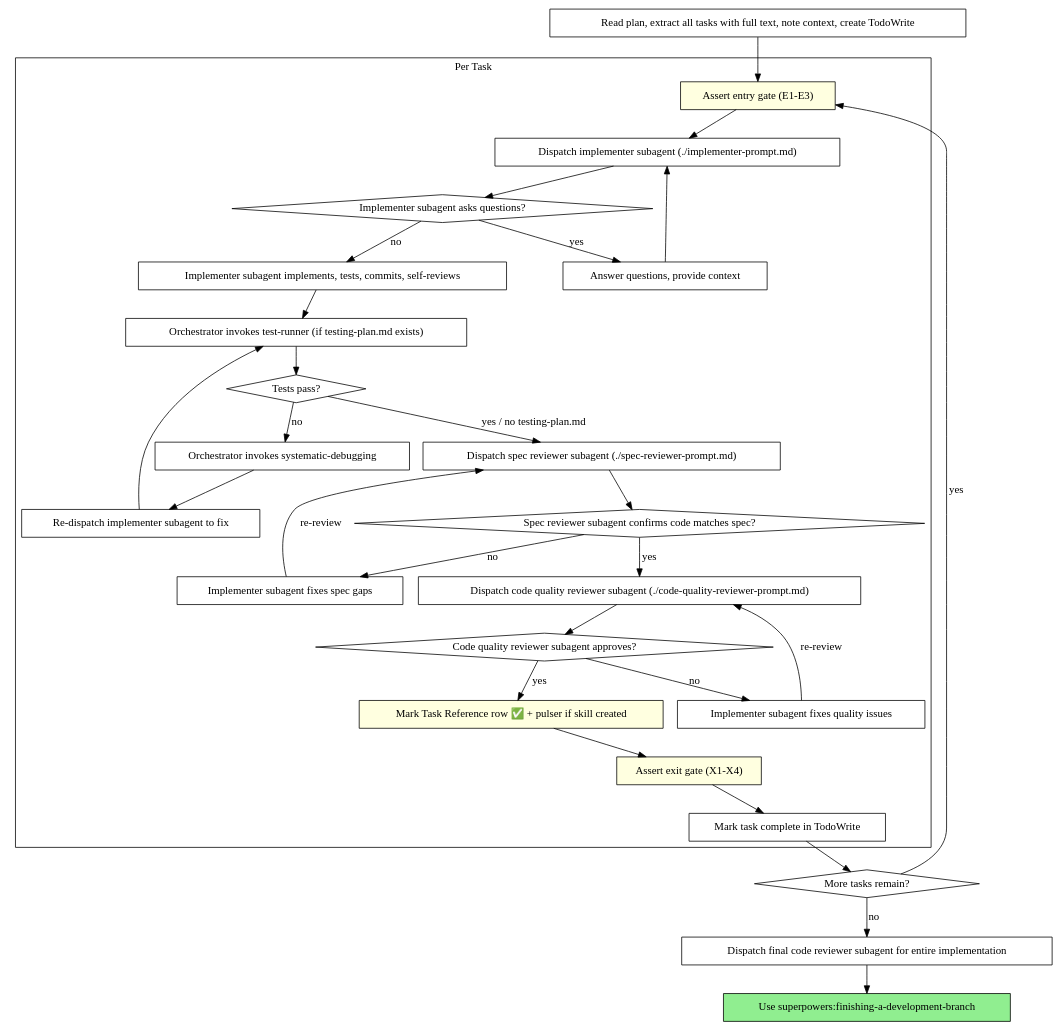
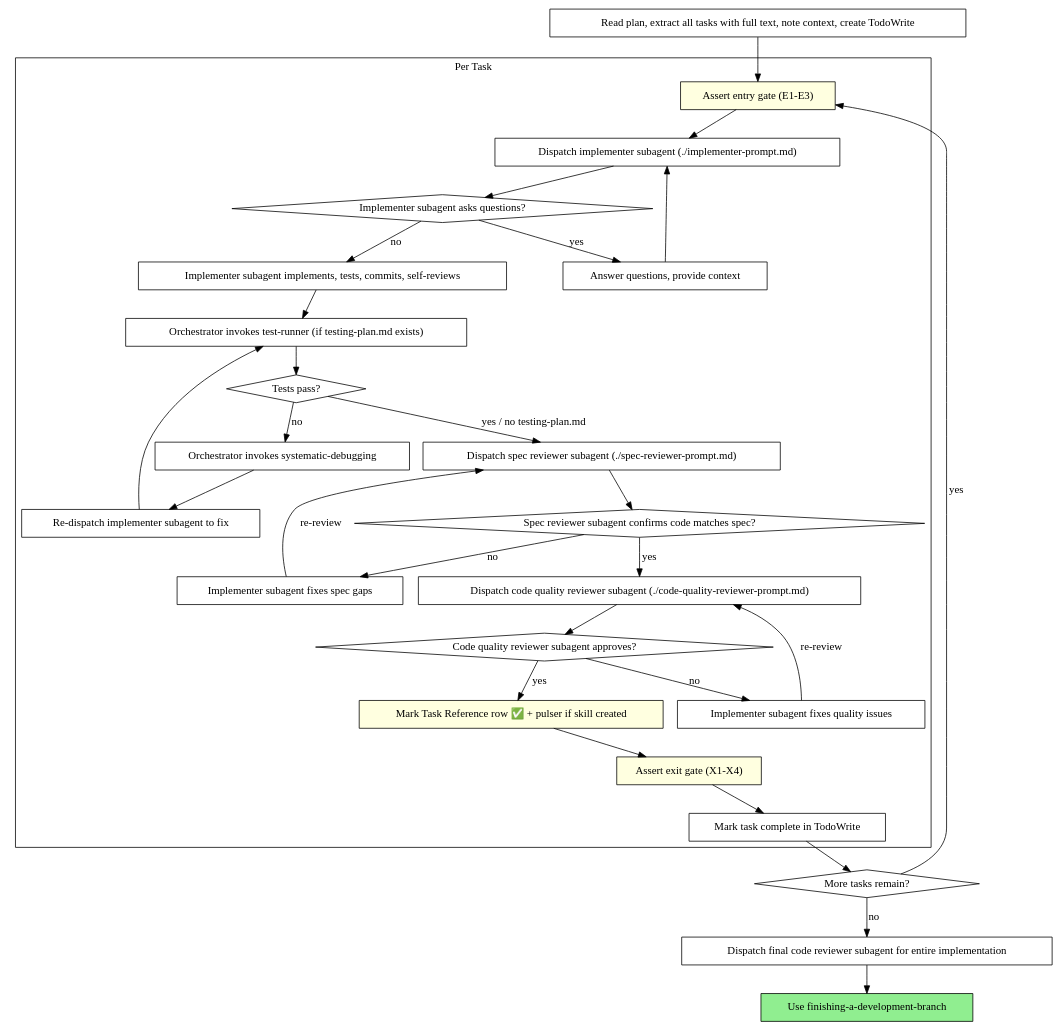
Before and after one commit to TeamClyde/clydes_claude: the second of 2 diagrams in skills/subagent-driven-development/SKILL.md, drawn with Graphviz. The commit also changed other lines of this file and 9 other files, not shown here.

````diff
--- a/skills/subagent-driven-development/SKILL.md
+++ b/skills/subagent-driven-development/SKILL.md
@@ -43,59 +43,59 @@
 ```dot
 digraph process {
     rankdir=TB;
 
     subgraph cluster_per_task {
         label="Per Task";
         "Assert entry gate (E1-E3)" [shape=box style=filled fillcolor=lightyellow];
         "Dispatch implementer subagent (./implementer-prompt.md)" [shape=box];
         "Implementer subagent asks questions?" [shape=diamond];
         "Answer questions, provide context" [shape=box];
         "Implementer subagent implements, tests, commits, self-reviews" [shape=box];
         "Dispatch spec reviewer subagent (./spec-reviewer-prompt.md)" [shape=box];
         "Spec reviewer subagent confirms code matches spec?" [shape=diamond];
         "Implementer subagent fixes spec gaps" [shape=box];
         "Dispatch code quality reviewer subagent (./code-quality-reviewer-prompt.md)" [shape=box];
         "Code quality reviewer subagent approves?" [shape=diamond];
         "Implementer subagent fixes quality issues" [shape=box];
         "Mark Task Reference row ✅ + pulser if skill created" [shape=box style=filled fillcolor=lightyellow];
         "Assert exit gate (X1-X4)" [shape=box style=filled fillcolor=lightyellow];
         "Mark task complete in TodoWrite" [shape=box];
         "Orchestrator invokes test-runner (if testing-plan.md exists)" [shape=box];
         "Tests pass?" [shape=diamond];
         "Orchestrator invokes systematic-debugging" [shape=box];
         "Re-dispatch implementer subagent to fix" [shape=box];
     }
 
     "Read plan, extract all tasks with full text, note context, create TodoWrite" [shape=box];
     "More tasks remain?" [shape=diamond];
     "Dispatch final code reviewer subagent for entire implementation" [shape=box];
-    "Use superpowers:finishing-a-development-branch" [shape=box style=filled fillcolor=lightgreen];
+    "Use finishing-a-development-branch" [shape=box style=filled fillcolor=lightgreen];
 
     "Read plan, extract all tasks with full text, note context, create TodoWrite" -> "Assert entry gate (E1-E3)";
     "Assert entry gate (E1-E3)" -> "Dispatch implementer subagent (./implementer-prompt.md)";
     "Dispatch implementer subagent (./implementer-prompt.md)" -> "Implementer subagent asks questions?";
     "Implementer subagent asks questions?" -> "Answer questions, provide context" [label="yes"];
     "Answer questions, provide context" -> "Dispatch implementer subagent (./implementer-prompt.md)";
     "Implementer subagent asks questions?" -> "Implementer subagent implements, tests, commits, self-reviews" [label="no"];
     "Implementer subagent implements, tests, commits, self-reviews" -> "Orchestrator invokes test-runner (if testing-plan.md exists)";
     "Orchestrator invokes test-runner (if testing-plan.md exists)" -> "Tests pass?";
     "Tests pass?" -> "Dispatch spec reviewer subagent (./spec-reviewer-prompt.md)" [label="yes / no testing-plan.md"];
     "Tests pass?" -> "Orchestrator invokes systematic-debugging" [label="no"];
     "Orchestrator invokes systematic-debugging" -> "Re-dispatch implementer subagent to fix";
     "Re-dispatch implementer subagent to fix" -> "Orchestrator invokes test-runner (if testing-plan.md exists)";
     "Dispatch spec reviewer subagent (./spec-reviewer-prompt.md)" -> "Spec reviewer subagent confirms code matches spec?";
     "Spec reviewer subagent confirms code matches spec?" -> "Implementer subagent fixes spec gaps" [label="no"];
     "Implementer subagent fixes spec gaps" -> "Dispatch spec reviewer subagent (./spec-reviewer-prompt.md)" [label="re-review"];
     "Spec reviewer subagent confirms code matches spec?" -> "Dispatch code quality reviewer subagent (./code-quality-reviewer-prompt.md)" [label="yes"];
     "Dispatch code quality reviewer subagent (./code-quality-reviewer-prompt.md)" -> "Code quality reviewer subagent approves?";
     "Code quality reviewer subagent approves?" -> "Implementer subagent fixes quality issues" [label="no"];
     "Implementer subagent fixes quality issues" -> "Dispatch code quality reviewer subagent (./code-quality-reviewer-prompt.md)" [label="re-review"];
     "Code quality reviewer subagent approves?" -> "Mark Task Reference row ✅ + pulser if skill created" [label="yes"];
     "Mark Task Reference row ✅ + pulser if skill created" -> "Assert exit gate (X1-X4)";
     "Assert exit gate (X1-X4)" -> "Mark task complete in TodoWrite";
     "Mark task complete in TodoWrite" -> "More tasks remain?";
     "More tasks remain?" -> "Assert entry gate (E1-E3)" [label="yes"];
     "More tasks remain?" -> "Dispatch final code reviewer subagent for entire implementation" [label="no"];
-    "Dispatch final code reviewer subagent for entire implementation" -> "Use superpowers:finishing-a-development-branch";
+    "Dispatch final code reviewer subagent for entire implementation" -> "Use finishing-a-development-branch";
 }
 ```
````
